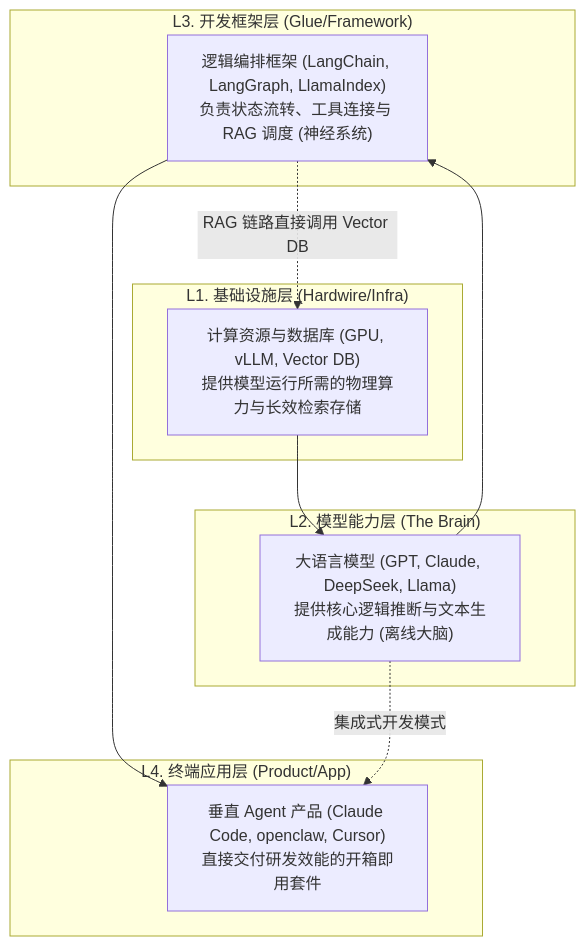
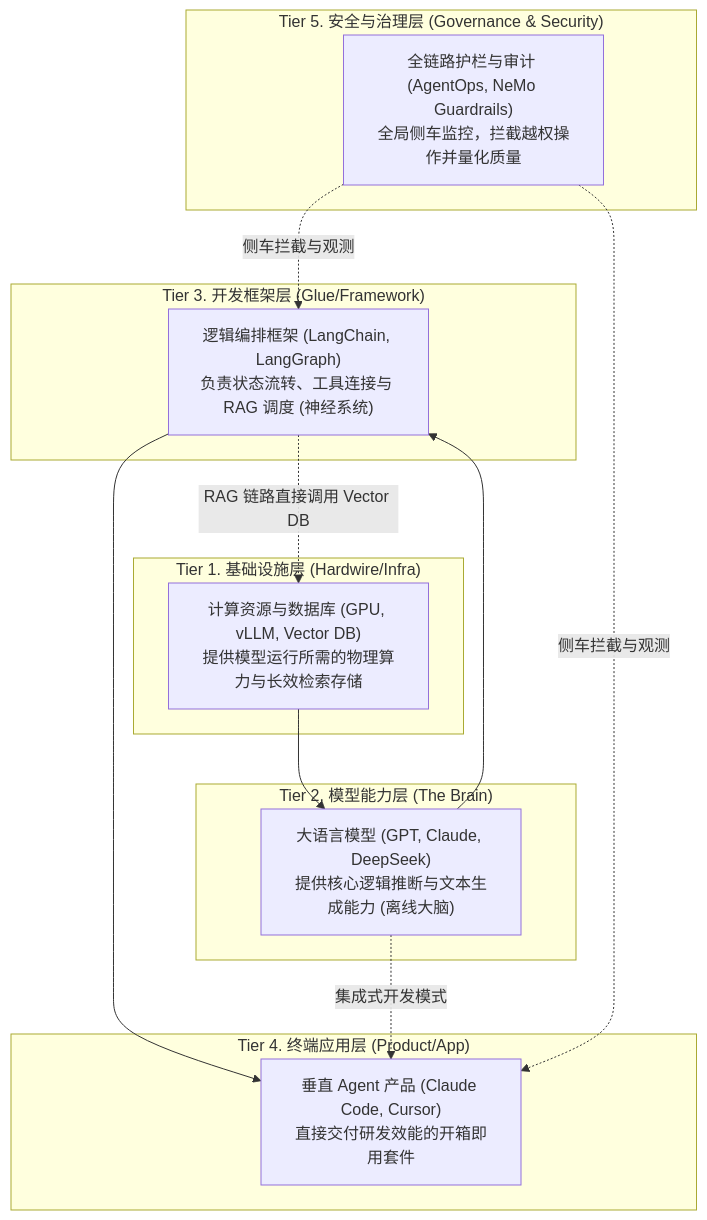
The second of 15 diagrams in doc/AI_Knowledge_Roadmap.md (wangchong2023/lang-chain-graph), drawn with Mermaid before and after one commit. The commit also changed other lines of this file and 1 other file, not shown here.

Commit message:
docs: update AI knowledge roadmap and remove system metadata files

````diff
--- a/doc/AI_Knowledge_Roadmap.md
+++ b/doc/AI_Knowledge_Roadmap.md
@@ -88,29 +83,37 @@
 ```mermaid
 graph TD
-    subgraph "L4. 终端应用层 (Product/App)"
-        App["垂直 Agent 产品 (Claude Code, openclaw, Cursor)<br>直接交付研发效能的开箱即用套件"]
+    subgraph "Tier 4. 终端应用层 (Product/App)"
+        App["垂直 Agent 产品 (Claude Code, Cursor)<br>直接交付研发效能的开箱即用套件"]
     end
 
-    subgraph "L3. 开发框架层 (Glue/Framework)"
-        Framework["逻辑编排框架 (LangChain, LangGraph, LlamaIndex)<br>负责状态流转、工具连接与 RAG 调度 (神经系统)"]
+    subgraph "Tier 3. 开发框架层 (Glue/Framework)"
+        Framework["逻辑编排框架 (LangChain, LangGraph)<br>负责状态流转、工具连接与 RAG 调度 (神经系统)"]
     end
 
-    subgraph "L2. 模型能力层 (The Brain)"
-        Model["大语言模型 (GPT, Claude, DeepSeek, Llama)<br>提供核心逻辑推断与文本生成能力 (离线大脑)"]
+    subgraph "Tier 2. 模型能力层 (The Brain)"
+        Model["大语言模型 (GPT, Claude, DeepSeek)<br>提供核心逻辑推断与文本生成能力 (离线大脑)"]
     end
 
-    subgraph "L1. 基础设施层 (Hardwire/Infra)"
+    subgraph "Tier 1. 基础设施层 (Hardwire/Infra)"
         Infra["计算资源与数据库 (GPU, vLLM, Vector DB)<br>提供模型运行所需的物理算力与长效检索存储"]
+    end
+
+    subgraph "Tier 5. 安全与治理层 (Governance & Security)"
+        Gov["全链路护栏与审计 (AgentOps, NeMo Guardrails)<br>全局侧车监控，拦截越权操作并量化质量"]
     end
 
     %% 纵向依赖关系
     Infra --> Model
     Model --> Framework
     Framework --> App
     
     %% 横向关联: 框架层直接调用基础设施层的向量数据库
     Framework -. "RAG 链路直接调用 Vector DB" .-> Infra
 
     %% 特殊路径: 垂类产品可能不经过框架层
     Model -. "集成式开发模式" .-> App
+
+    %% 治理层包裹全局
+    Gov -. "侧车拦截与观测" .-> App
+    Gov -. "侧车拦截与观测" .-> Framework
 ```
````
